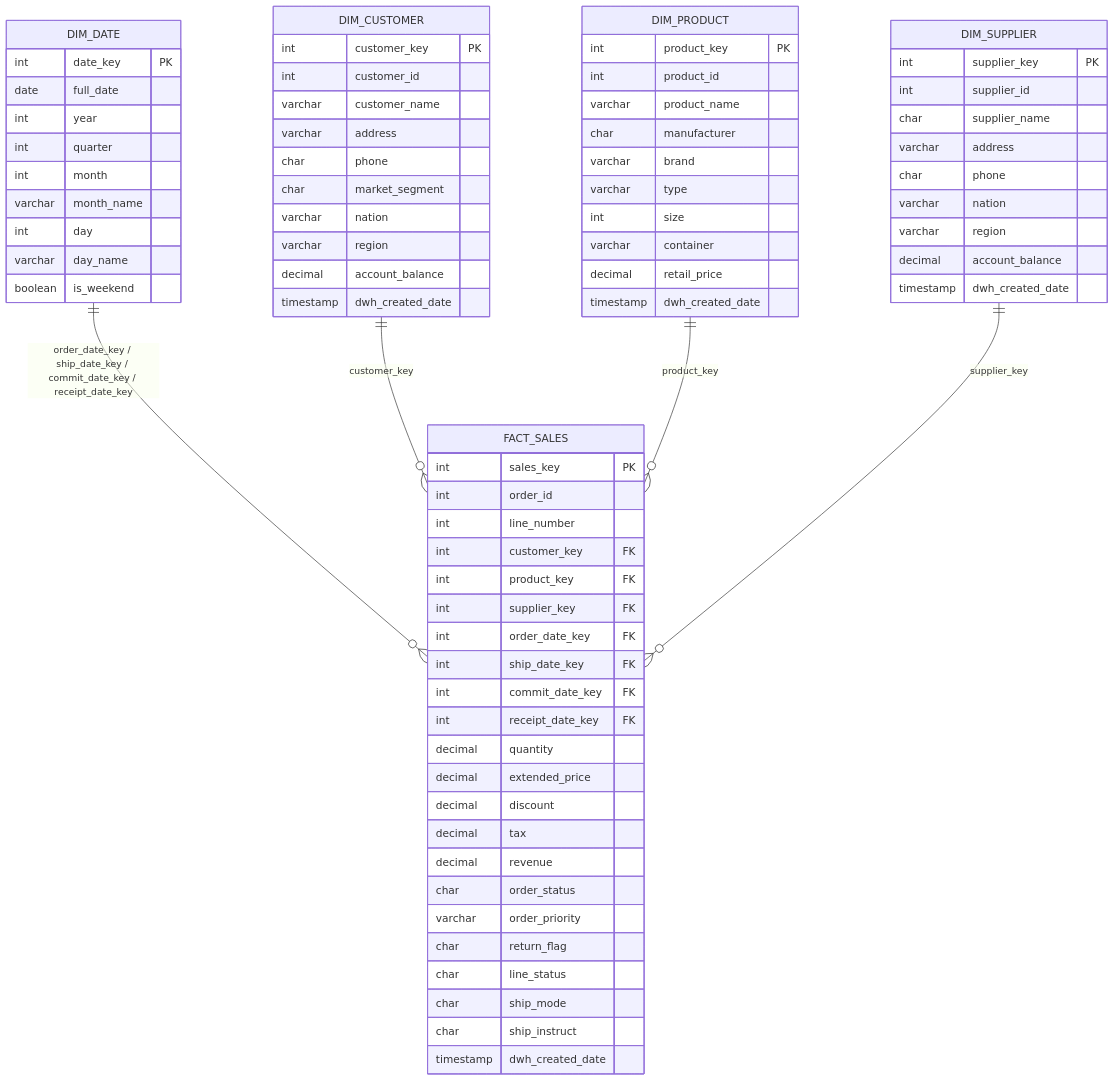
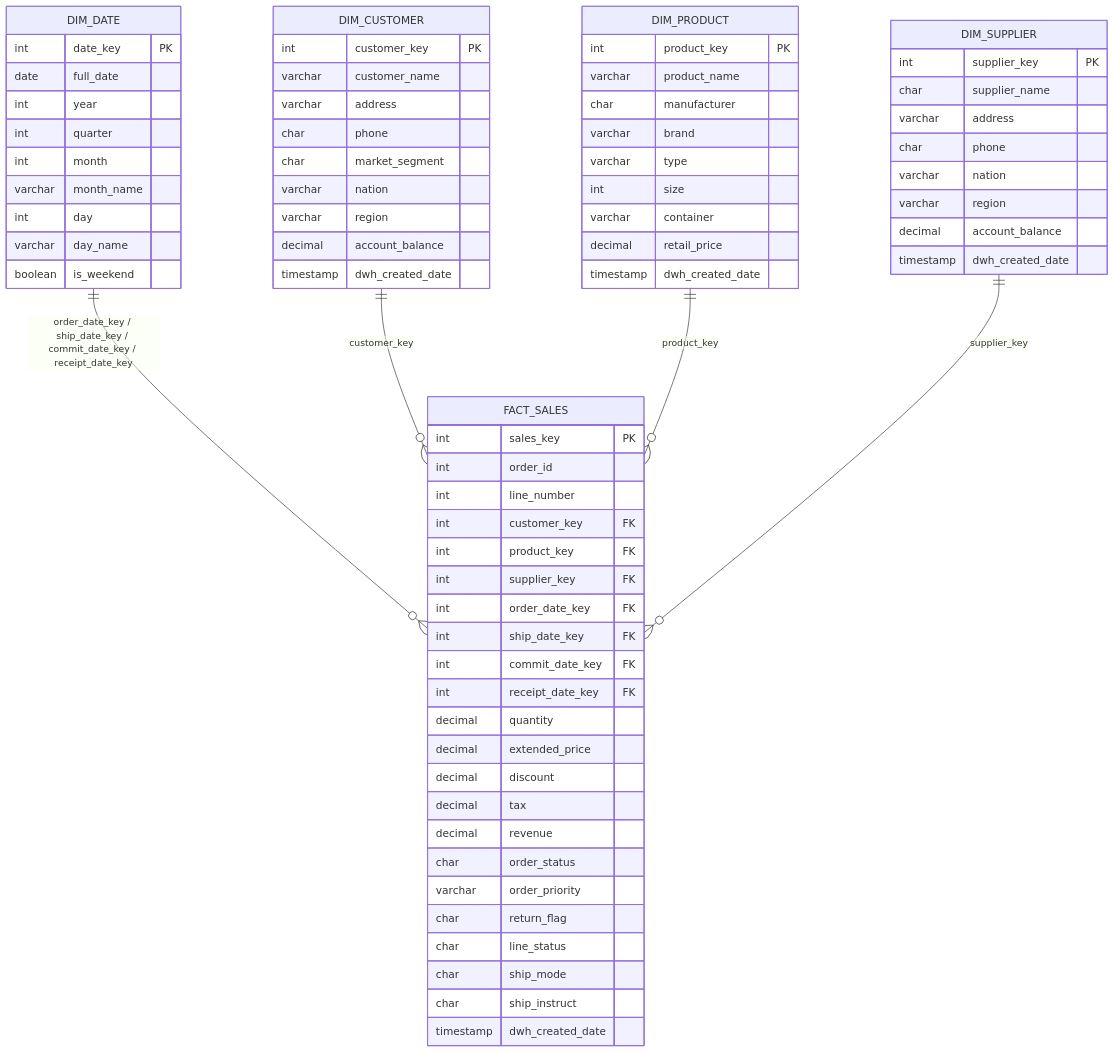
The diagram in docs/erd_oro.md (CaletOrtiz/sql-datawarehouse-project), drawn with Mermaid before and after one commit. The commit also changed 2 other files, not shown here.

Commit message:
Remove natural keys (customer_id, product_id, supplier_id) from ORO dims; keep surrogate keys only

````diff
--- a/docs/erd_oro.md
+++ b/docs/erd_oro.md
@@ -3,78 +3,75 @@
 ```mermaid
 erDiagram
     DIM_DATE ||--o{ FACT_SALES : "order_date_key / ship_date_key / commit_date_key / receipt_date_key"
     DIM_CUSTOMER ||--o{ FACT_SALES : "customer_key"
     DIM_PRODUCT ||--o{ FACT_SALES : "product_key"
     DIM_SUPPLIER ||--o{ FACT_SALES : "supplier_key"
 
     FACT_SALES {
         int sales_key PK
         int order_id
         int line_number
         int customer_key FK
         int product_key FK
         int supplier_key FK
         int order_date_key FK
         int ship_date_key FK
         int commit_date_key FK
         int receipt_date_key FK
         decimal quantity
         decimal extended_price
         decimal discount
         decimal tax
         decimal revenue
         char order_status
         varchar order_priority
         char return_flag
         char line_status
         char ship_mode
         char ship_instruct
         timestamp dwh_created_date
     }
     DIM_DATE {
         int date_key PK
         date full_date
         int year
         int quarter
         int month
         varchar month_name
         int day
         varchar day_name
         boolean is_weekend
     }
     DIM_CUSTOMER {
         int customer_key PK
-        int customer_id
         varchar customer_name
         varchar address
         char phone
         char market_segment
         varchar nation
         varchar region
         decimal account_balance
         timestamp dwh_created_date
     }
     DIM_PRODUCT {
         int product_key PK
-        int product_id
         varchar product_name
         char manufacturer
         varchar brand
         varchar type
         int size
         varchar container
         decimal retail_price
         timestamp dwh_created_date
     }
     DIM_SUPPLIER {
         int supplier_key PK
-        int supplier_id
         char supplier_name
         varchar address
         char phone
         varchar nation
         varchar region
         decimal account_balance
         timestamp dwh_created_date
     }
 ```
````
